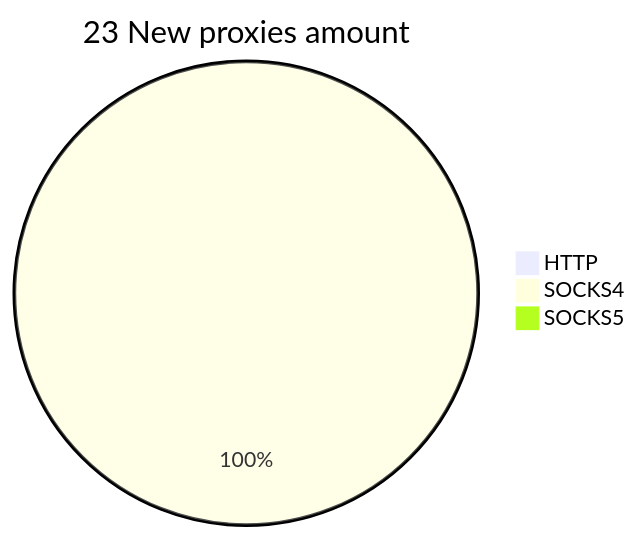
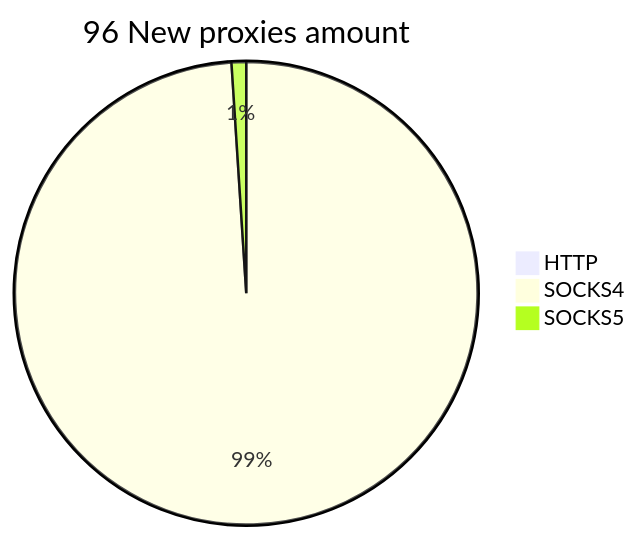
The second of 2 diagrams in README.md (cutipu/proxylist), drawn with Mermaid before and after one commit. The commit also changed other lines of this file, not shown here.

````diff
--- a/README.md
+++ b/README.md
@@ -10,6 +10,6 @@
 ```mermaid
-pie title 23 New proxies amount
+pie title 96 New proxies amount
     "HTTP" : 0
-    "SOCKS4" : 33
-    "SOCKS5" : 0
+    "SOCKS4" : 97
+    "SOCKS5" : 1
 ```
````
